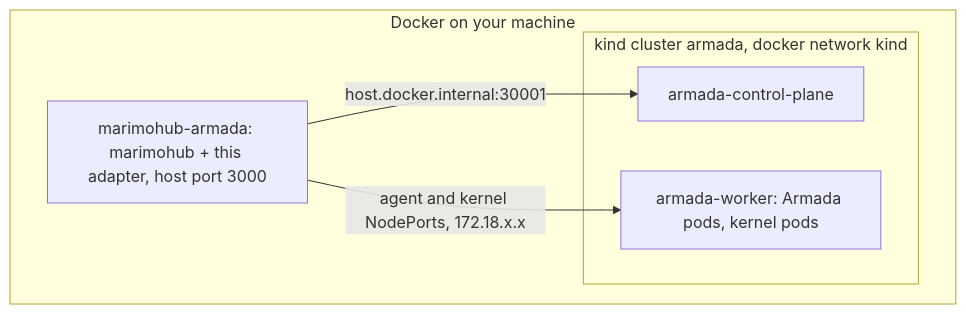
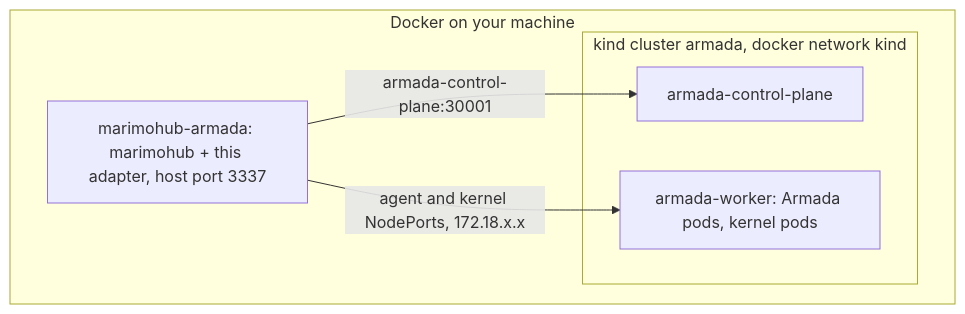
One commit to G-Research/marimohub-compute-armada changed the diagram in docs/CONTRIBUTING.md. Above: the diagram before and after it, drawn with Mermaid. The commit also changed other lines of this file and 19 other files, not shown here.

````diff
--- a/docs/CONTRIBUTING.md
+++ b/docs/CONTRIBUTING.md
@@ -81,12 +83,12 @@
 ```mermaid
 flowchart TB
   subgraph docker[Docker on your machine]
-    hub["marimohub-armada: marimohub + this adapter, host port 3000"]
+    hub["marimohub-armada: marimohub + this adapter, host port 3337"]
     subgraph kind[kind cluster armada, docker network kind]
       cp[armada-control-plane]
       worker["armada-worker: Armada pods, kernel pods"]
     end
   end
-  hub -->|"host.docker.internal:30001"| cp
+  hub -->|"armada-control-plane:30001"| cp
   hub -->|"agent and kernel NodePorts, 172.18.x.x"| worker
 ```
````
